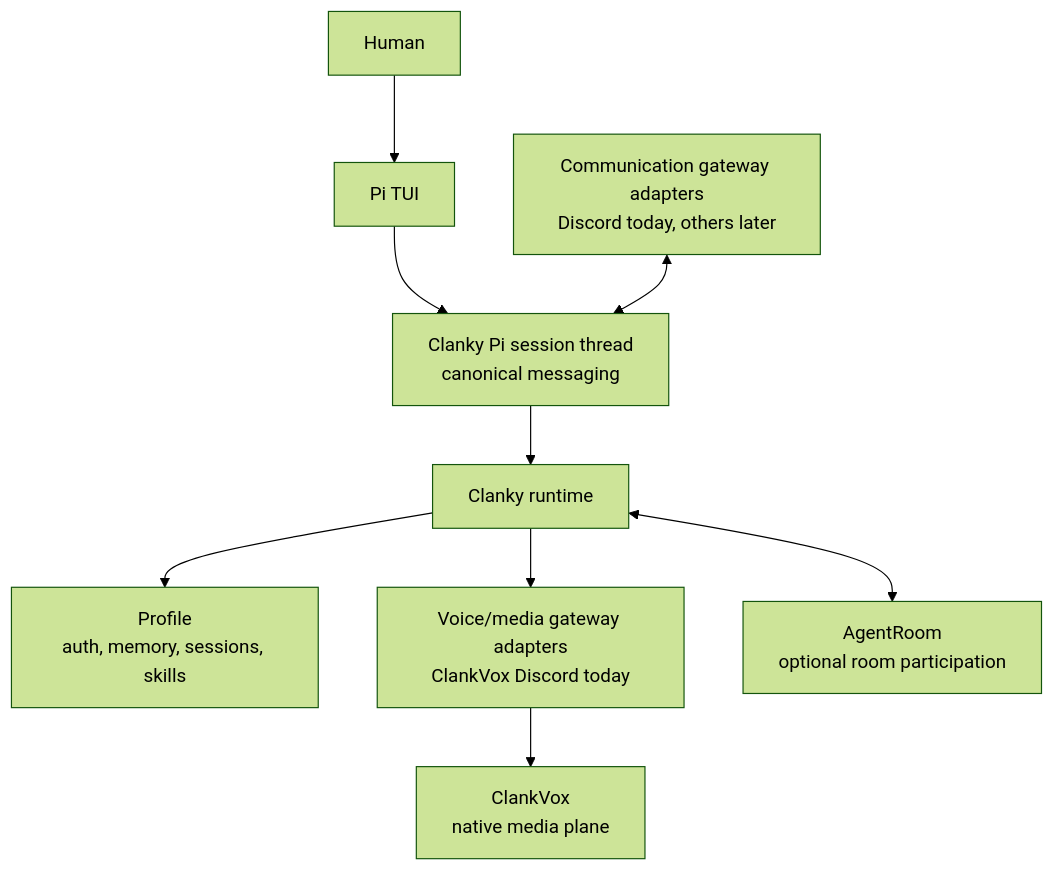
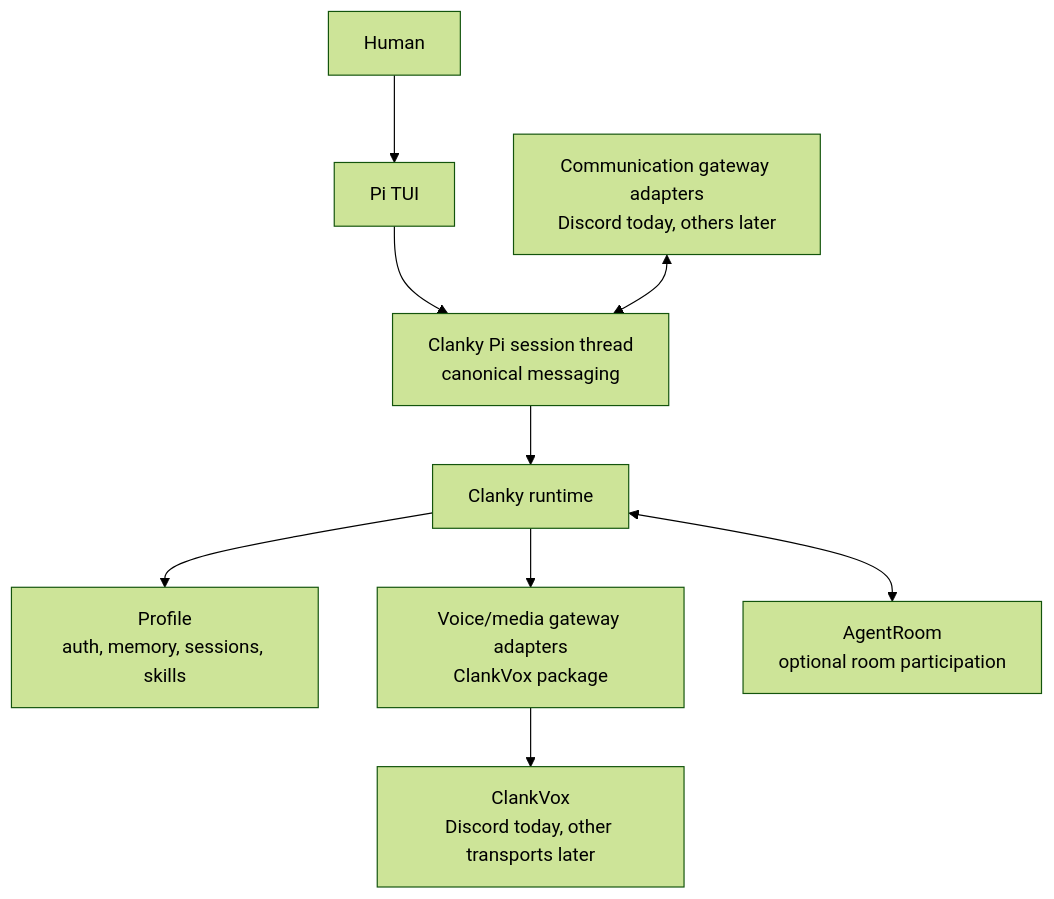
One commit to Volpestyle/clanky changed the diagram in README.md. Above: the diagram before and after it, drawn with Mermaid (forest theme). The commit also changed other lines of this file and 18 other files, not shown here.

Commit message:
Align ClankVox voice media framing

````diff
--- a/README.md
+++ b/README.md
@@ -64,21 +64,21 @@
 ```mermaid
 flowchart TB
   user["Human"]
   tui["Pi TUI"]
   thread["Clanky Pi session thread<br/>canonical messaging"]
   clanky["Clanky runtime"]
   profile["Profile<br/>auth, memory, sessions, skills"]
   chat["Communication gateway adapters<br/>Discord today, others later"]
-  voice["Voice/media gateway adapters<br/>ClankVox Discord today"]
-  vox["ClankVox<br/>native media plane"]
+  voice["Voice/media gateway adapters<br/>ClankVox package"]
+  vox["ClankVox<br/>Discord today, other transports later"]
   room["AgentRoom<br/>optional room participation"]
 
   user --> tui
   tui --> thread
   thread --> clanky
   clanky --> profile
   chat <--> thread
   clanky --> voice
   voice --> vox
   clanky <--> room
 ```
````
